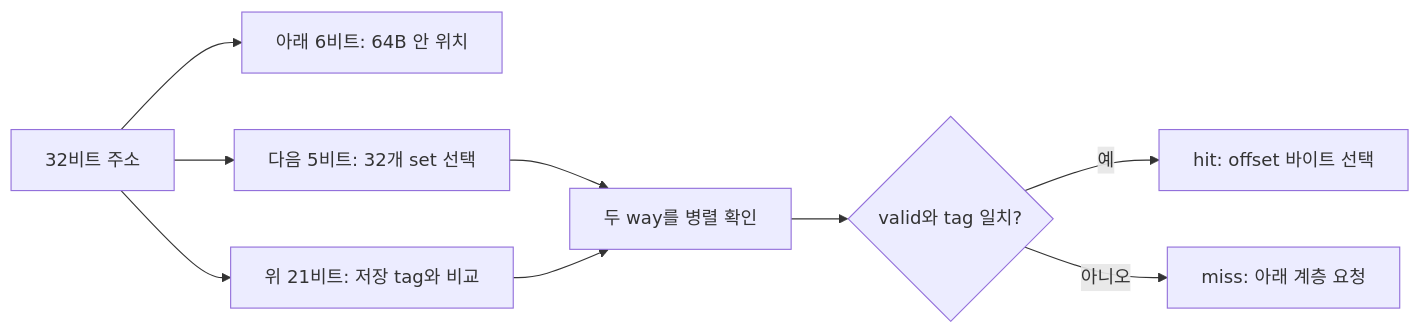
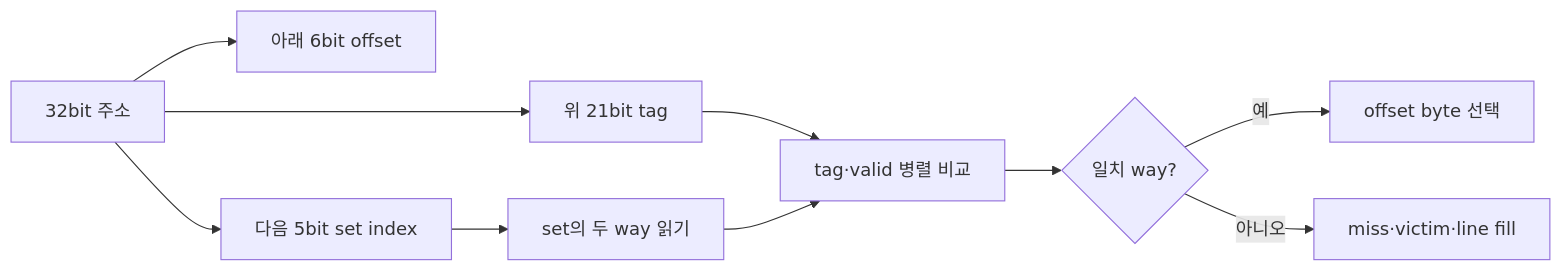
The diagram in learning/computer-architecture/06-cache-addresses-and-locality.md (mj006648/netai-devsecops-runbook), drawn with Mermaid before and after one commit. The commit also changed other lines of this file and 165 other files, not shown here.

````diff
--- a/learning/computer-architecture/06-cache-addresses-and-locality.md
+++ b/learning/computer-architecture/06-cache-addresses-and-locality.md
@@ -47,11 +49,12 @@
-```mermaid
+~~~mermaid
 flowchart LR
-  A[32비트 주소] --> O[아래 6비트: 64B 안 위치]
-  A --> S[다음 5비트: 32개 set 선택]
-  A --> T[위 21비트: 저장 tag와 비교]
-  S --> W[두 way를 병렬 확인]
-  T --> W
-  W --> H{valid와 tag 일치?}
-  H -->|예| Hit[hit: offset 바이트 선택]
-  H -->|아니오| Miss[miss: 아래 계층 요청]
-```
+  A[32bit 주소] --> O[아래 6bit offset]
+  A --> S[다음 5bit set index]
+  A --> T[위 21bit tag]
+  S --> W[set의 두 way 읽기]
+  T --> C[tag·valid 병렬 비교]
+  W --> C
+  C --> H{일치 way?}
+  H -->|예| D[offset byte 선택]
+  H -->|아니오| M[miss·victim·line fill]
+~~~
````
